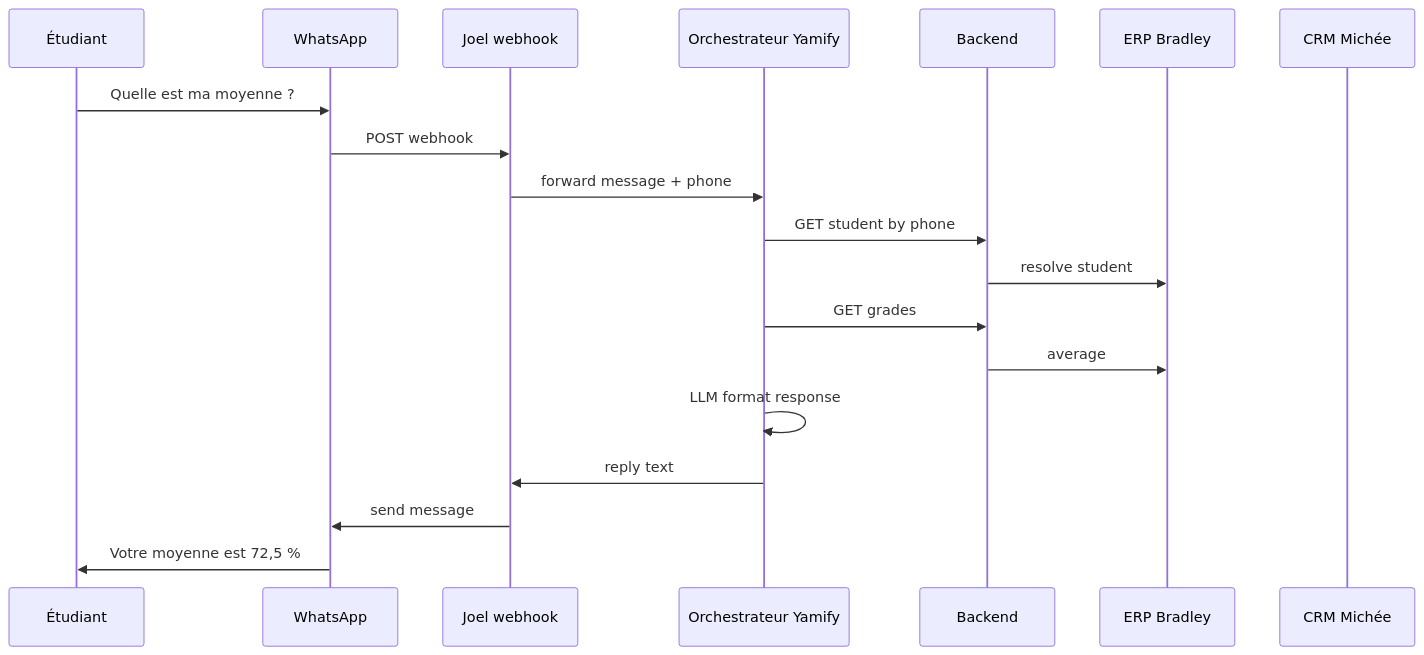
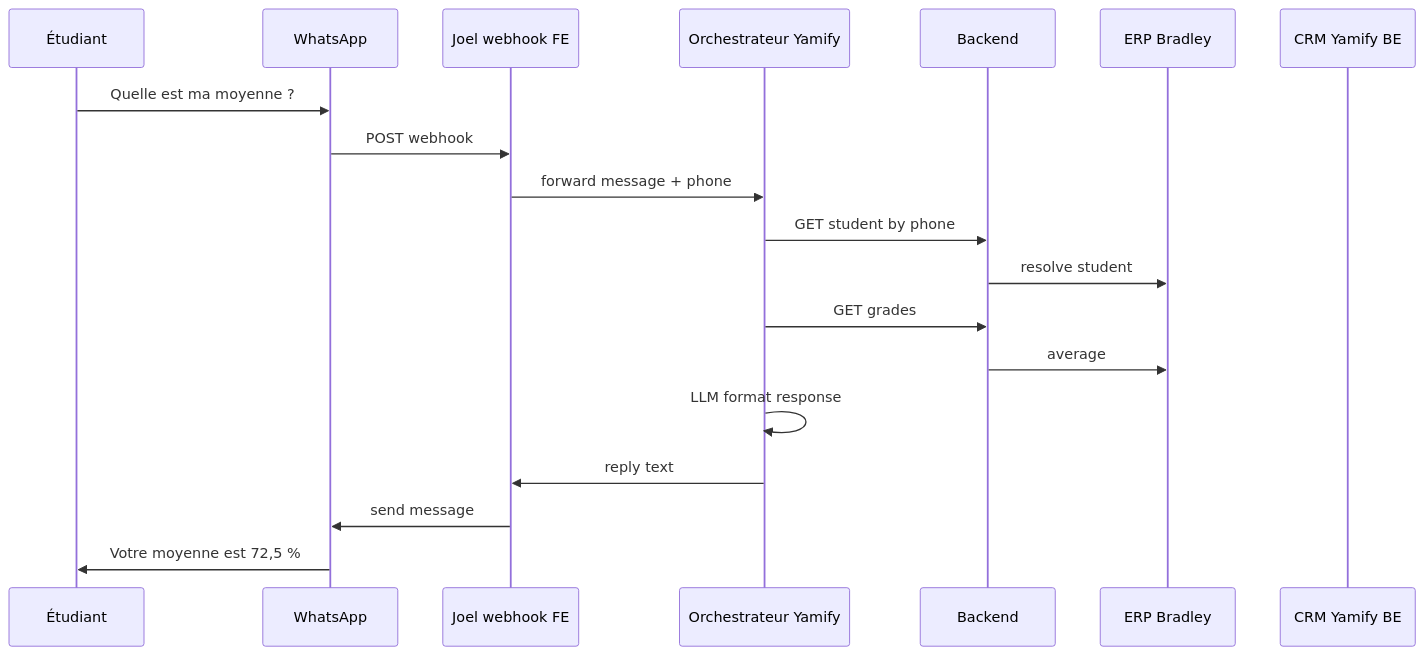
The third of 3 diagrams in docs/PLAN-CONCEPTION.md (Chemi09/SmartCampus-Agent), drawn with Mermaid before and after one commit. The commit also changed other lines of this file and 4 other files, not shown here.

````diff
--- a/docs/PLAN-CONCEPTION.md
+++ b/docs/PLAN-CONCEPTION.md
@@ -483,22 +483,22 @@
 ```mermaid
 sequenceDiagram
   participant E as Étudiant
   participant W as WhatsApp
-  participant J as Joel webhook
+  participant J as Joel webhook FE
   participant Y as Orchestrateur Yamify
   participant API as Backend
   participant ERP as ERP Bradley
-  participant CRM as CRM Michée
+  participant CRM as CRM Yamify BE
 
   E->>W: Quelle est ma moyenne ?
   W->>J: POST webhook
   J->>Y: forward message + phone
   Y->>API: GET student by phone
   API->>ERP: resolve student
   Y->>API: GET grades
   API->>ERP: average
   Y->>Y: LLM format response
   Y->>J: reply text
   J->>W: send message
   W->>E: Votre moyenne est 72,5 %
 ```
````
